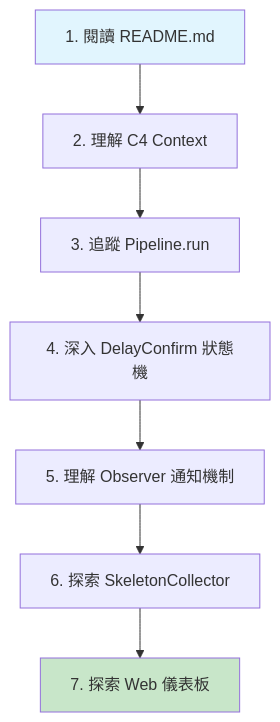
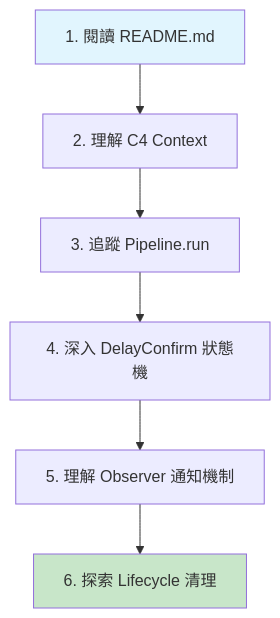
One commit to kionce57/FDS changed the eighth of 8 diagrams in docs/ARCHITECTURE.md. Above: the diagram before and after it, drawn with Mermaid. The commit also changed other lines of this file, not shown here.

First line of the commit message:
docs: update ARCHITECTURE.md after cloud sync removal

````diff
--- a/docs/ARCHITECTURE.md
+++ b/docs/ARCHITECTURE.md
@@ -441,12 +369,11 @@
 ```mermaid
 graph TD
     A[1. 閱讀 README.md] --> B[2. 理解 C4 Context]
     B --> C[3. 追蹤 Pipeline.run]
     C --> D[4. 深入 DelayConfirm 狀態機]
     D --> E[5. 理解 Observer 通知機制]
-    E --> F[6. 探索 SkeletonCollector]
-    F --> G[7. 探索 Web 儀表板]
+    E --> F[6. 探索 Lifecycle 清理]
 
     style A fill:#e1f5fe
-    style G fill:#c8e6c9
+    style F fill:#c8e6c9
 ```
````
